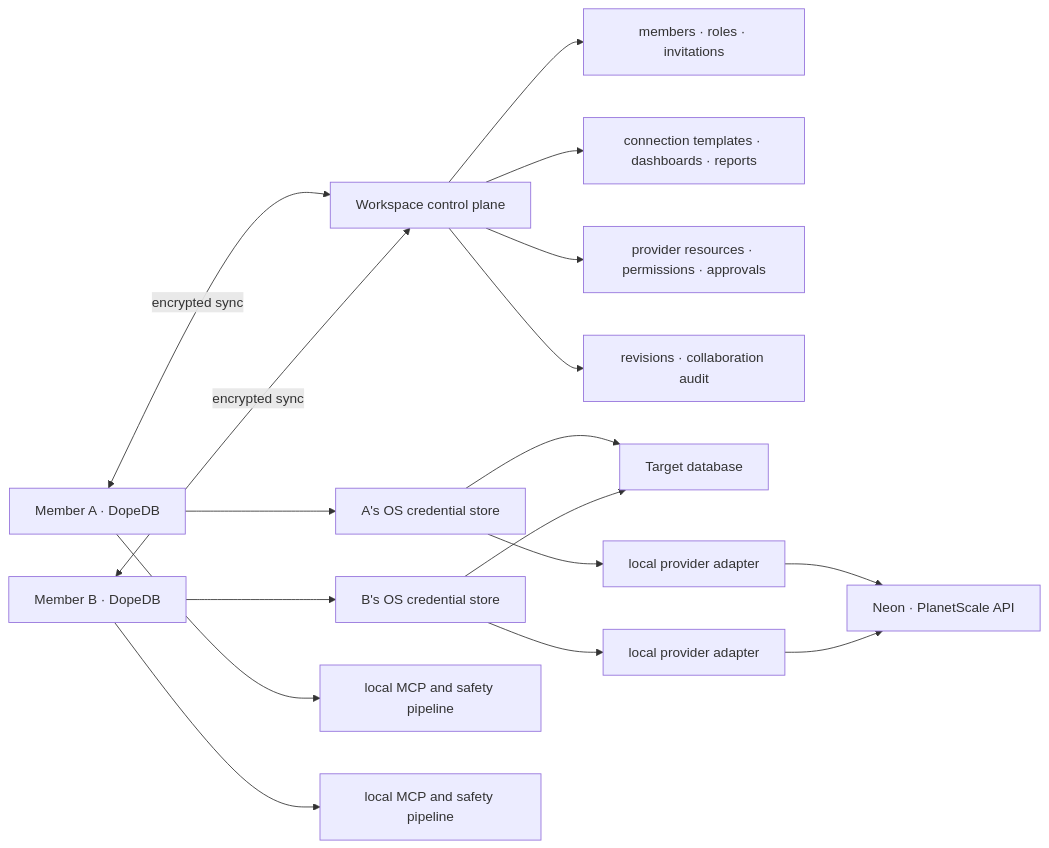
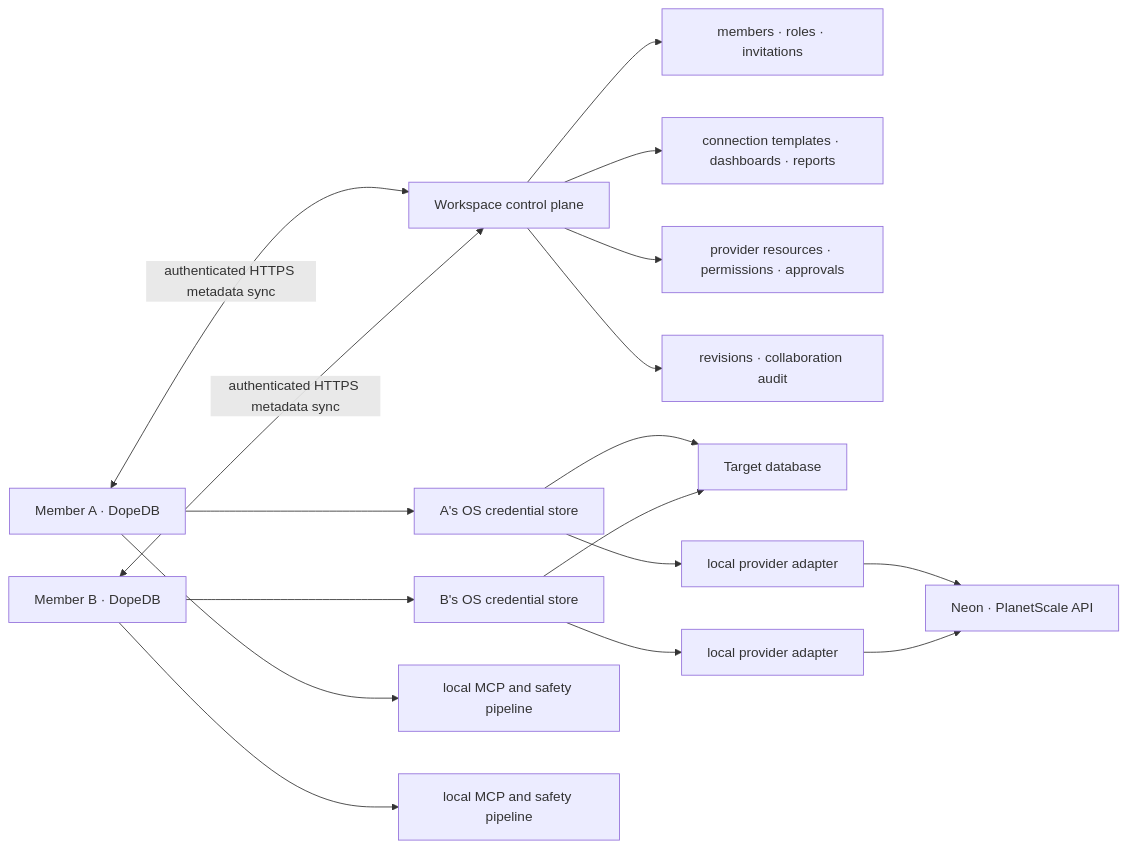
Before and after one commit to jaesong-blip/dopedb: the diagram in docs/WORKSPACE_ROADMAP.md, drawn with Mermaid. The commit also changed 33 other files, not shown here.

````diff
--- a/docs/WORKSPACE_ROADMAP.md
+++ b/docs/WORKSPACE_ROADMAP.md
@@ -40,19 +40,19 @@
 ```mermaid
 flowchart LR
-    A["Member A · DopeDB"] <-->|"encrypted sync"| W["Workspace control plane"]
-    B["Member B · DopeDB"] <-->|"encrypted sync"| W
+    A["Member A · DopeDB"] <-->|"authenticated HTTPS metadata sync"| W["Workspace control plane"]
+    B["Member B · DopeDB"] <-->|"authenticated HTTPS metadata sync"| W
     W --> M["members · roles · invitations"]
     W --> R["connection templates · dashboards · reports"]
     W --> P["provider resources · permissions · approvals"]
     W --> V["revisions · collaboration audit"]
     A --> KA["A's OS credential store"]
     B --> KB["B's OS credential store"]
     KA --> D["Target database"]
     KB --> D
     KA --> PA["local provider adapter"]
     KB --> PB["local provider adapter"]
     PA --> API["Neon · PlanetScale API"]
     PB --> API
     A --> SA["local MCP and safety pipeline"]
     B --> SB["local MCP and safety pipeline"]
 ```
````
